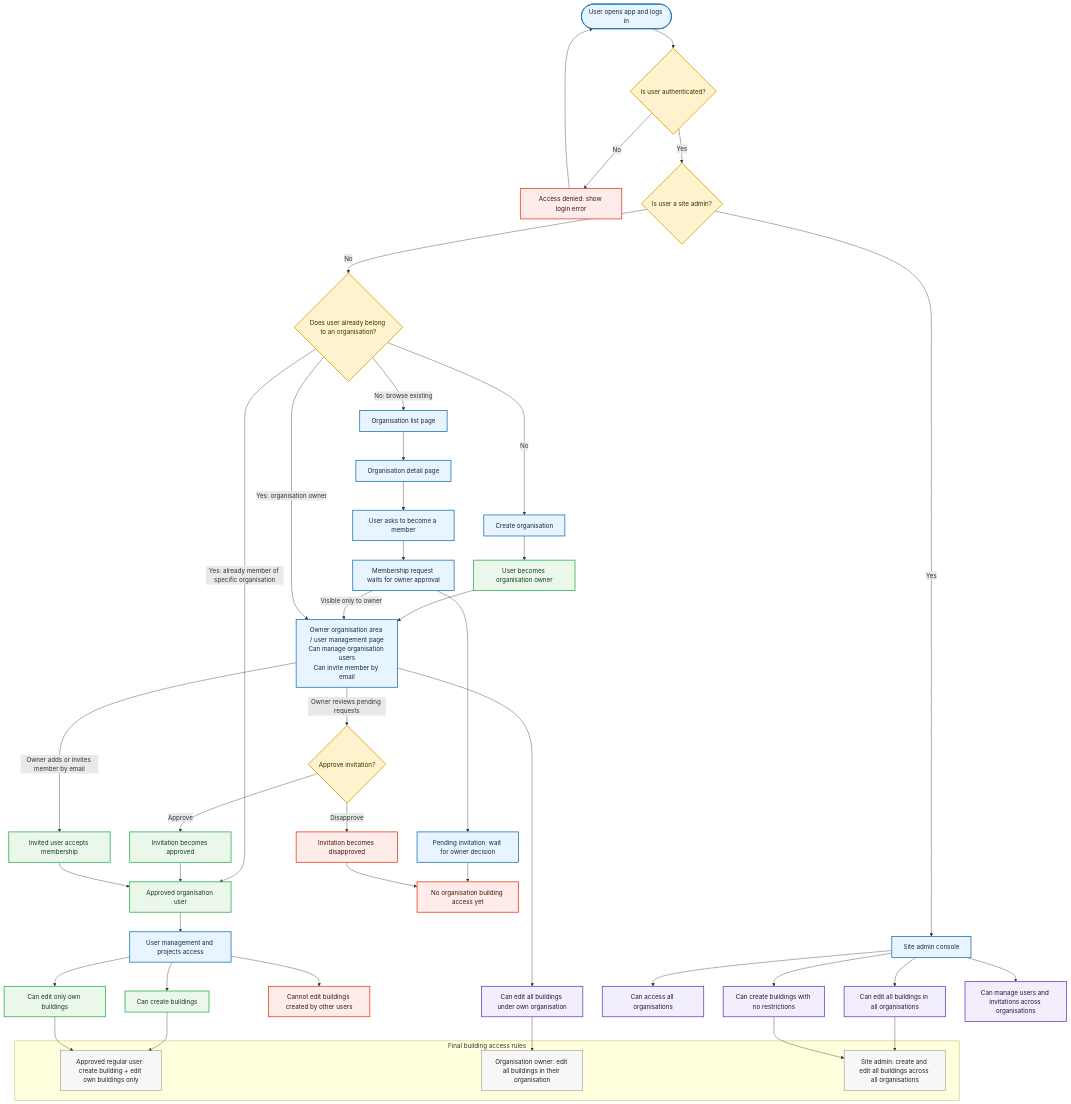
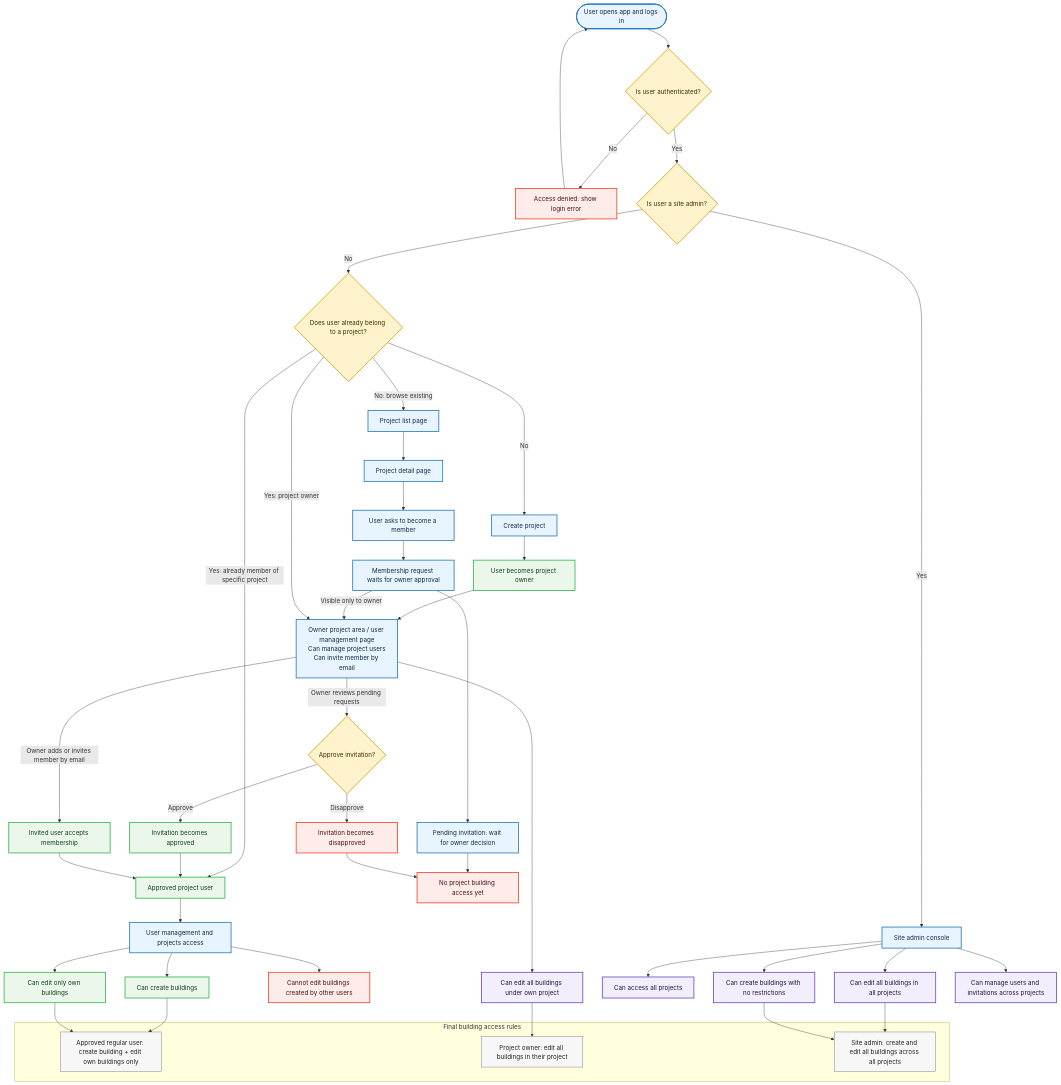
The diagram in user-management-permissions.mmd (pantazis/-building-performance-app), drawn with Mermaid before and after one commit. The commit also changed 14 other files, not shown here.

```diff
--- a/user-management-permissions.mmd
+++ b/user-management-permissions.mmd
@@ -1,71 +1,71 @@
 flowchart TD
 
     Login([User opens app and logs in]) --> Auth{Is user authenticated?}
 
     Auth -->|No| Denied[Access denied: show login error]
     Denied --> Login
 
     Auth -->|Yes| AdminCheck{Is user a site admin?}
 
-    AdminCheck -->|No| OrgCheck{Does user already belong to an organisation?}
-    OrgCheck -->|No| CreateOrg[Create organisation]
-    CreateOrg --> BecomeOwner[User becomes organisation owner]
+    AdminCheck -->|No| ProjectCheck{Does user already belong to a project?}
+    ProjectCheck -->|No| CreateProject[Create project]
+    CreateProject --> BecomeOwner[User becomes project owner]
     BecomeOwner --> OwnerManagementPage
 
-    OrgCheck -->|No: browse existing| OrgList[Organisation list page]
-    OrgList --> OrgDetail[Organisation detail page]
-    OrgDetail --> AskMembership[User asks to become a member]
+    ProjectCheck -->|No: browse existing| ProjectList[Project list page]
+    ProjectList --> ProjectDetail[Project detail page]
+    ProjectDetail --> AskMembership[User asks to become a member]
     AskMembership --> MembershipRequest[Membership request waits for owner approval]
     MembershipRequest --> Pending[Pending invitation: wait for owner decision]
     MembershipRequest -->|Visible only to owner| OwnerManagementPage
 
-    OrgCheck -->|Yes: already member of specific organisation| ApprovedUser[Approved organisation user]
+    ProjectCheck -->|Yes: already member of specific project| ApprovedUser[Approved project user]
 
     OwnerManagementPage -->|Owner adds or invites member by email| DirectMember[Invited user accepts membership]
-    Pending --> NoAccess[No organisation building access yet]
+    Pending --> NoAccess[No project building access yet]
 
     ApprovedUser --> UserPage[User management and projects access]
     UserPage --> UserCreate[Can create buildings]
     UserPage --> UserEditOwn[Can edit only own buildings]
     UserPage --> UserNoEditOthers[Cannot edit buildings created by other users]
 
-    OrgCheck -->|Yes: organisation owner| OwnerManagementPage[Owner organisation area / user management page<br/>Can manage organisation users<br/>Can invite member by email]
+    ProjectCheck -->|Yes: project owner| OwnerManagementPage[Owner project area / user management page<br/>Can manage project users<br/>Can invite member by email]
     OwnerManagementPage -->|Owner reviews pending requests| OwnerDecision{Approve invitation?}
     OwnerDecision -->|Approve| OwnerApprove[Invitation becomes approved]
     OwnerDecision -->|Disapprove| OwnerDisapprove[Invitation becomes disapproved]
     OwnerApprove --> ApprovedUser
     OwnerDisapprove --> NoAccess
     DirectMember --> ApprovedUser
-    OwnerManagementPage --> OwnerEditAll[Can edit all buildings under own organisation]
+    OwnerManagementPage --> OwnerEditAll[Can edit all buildings under own project]
 
     AdminCheck -->|Yes| SiteAdminPage[Site admin console]
-    SiteAdminPage --> SiteAdminAllOrgs[Can access all organisations]
-    SiteAdminPage --> SiteAdminEditAll[Can edit all buildings in all organisations]
+    SiteAdminPage --> SiteAdminAllProjects[Can access all projects]
+    SiteAdminPage --> SiteAdminEditAll[Can edit all buildings in all projects]
     SiteAdminPage --> SiteAdminCreateAny[Can create buildings with no restrictions]
-    SiteAdminPage --> SiteAdminManageAll[Can manage users and invitations across organisations]
+    SiteAdminPage --> SiteAdminManageAll[Can manage users and invitations across projects]
 
     subgraph AccessRules[Final building access rules]
         Rule1[Approved regular user: create building + edit own buildings only]
-        Rule2[Organisation owner: edit all buildings in their organisation]
-        Rule3[Site admin: create and edit all buildings across all organisations]
+        Rule2[Project owner: edit all buildings in their project]
+        Rule3[Site admin: create and edit all buildings across all projects]
     end
 
     UserCreate --> Rule1
     UserEditOwn --> Rule1
     OwnerEditAll --> Rule2
     SiteAdminEditAll --> Rule3
     SiteAdminCreateAny --> Rule3
 
     classDef page fill:#e8f4ff,stroke:#1f77b4,stroke-width:2px,color:#102a43
     classDef decision fill:#fff3cd,stroke:#d39e00,stroke-width:2px,color:#3d2b00
     classDef approved fill:#eaf7ea,stroke:#2db34a,stroke-width:2px,color:#123d1b
     classDef rejected fill:#fdecea,stroke:#ef3e23,stroke-width:2px,color:#4a120a
     classDef role fill:#f3eefc,stroke:#6f42c1,stroke-width:2px,color:#25113f
     classDef rule fill:#f7f7f7,stroke:#666,stroke-width:1px,color:#222
 
-    class Login,Pending,UserPage,OwnerManagementPage,SiteAdminPage,CreateOrg,OrgList,OrgDetail,AskMembership,MembershipRequest page
-    class Auth,AdminCheck,OrgCheck,OwnerDecision decision
+    class Login,Pending,UserPage,OwnerManagementPage,SiteAdminPage,CreateProject,ProjectList,ProjectDetail,AskMembership,MembershipRequest page
+    class Auth,AdminCheck,ProjectCheck,OwnerDecision decision
     class ApprovedUser,UserCreate,UserEditOwn,OwnerApprove,BecomeOwner,DirectMember approved
     class Denied,NoAccess,UserNoEditOthers,OwnerDisapprove rejected
-    class OwnerEditAll,SiteAdminAllOrgs,SiteAdminEditAll,SiteAdminCreateAny,SiteAdminManageAll role
+    class OwnerEditAll,SiteAdminAllProjects,SiteAdminEditAll,SiteAdminCreateAny,SiteAdminManageAll role
     class Rule1,Rule2,Rule3 rule
```
